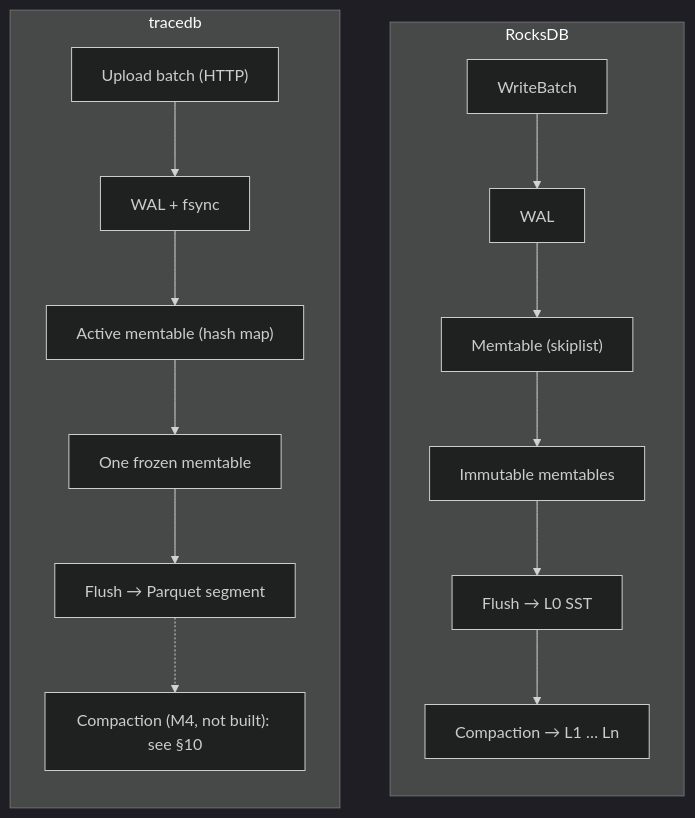
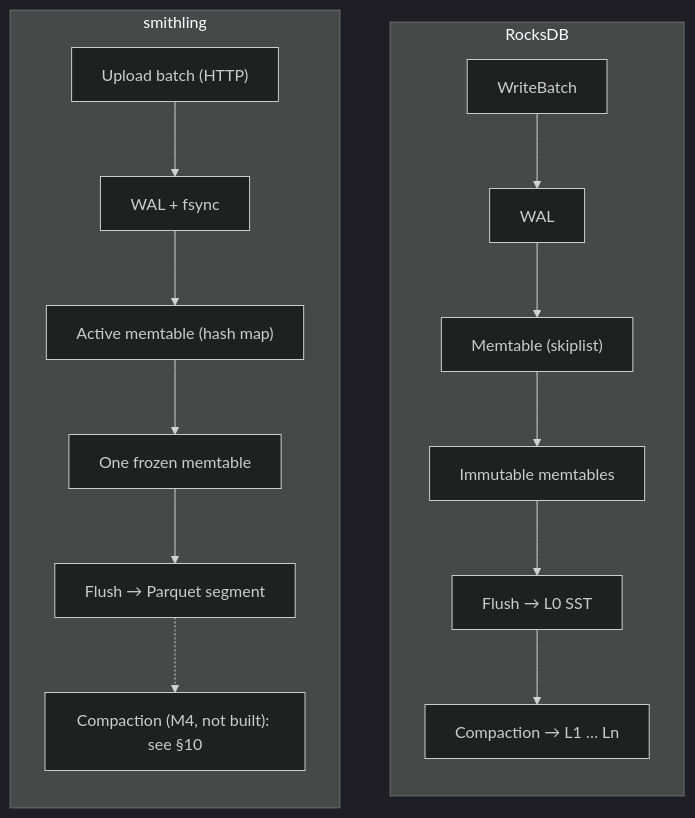
One commit to liukai/smithling changed the first of 9 diagrams in ROCKSDB_COMPARISON.md. Above: the diagram before and after it, drawn with Mermaid (dark theme). The commit also changed other lines of this file and 199 other files, not shown here.

First line of the commit message:
refactor: rename tracedb to Smithling (D-037)

````diff
--- a/ROCKSDB_COMPARISON.md
+++ b/ROCKSDB_COMPARISON.md
@@ -40,15 +40,15 @@
 ```mermaid
 flowchart TB
     subgraph R["RocksDB"]
         direction TB
         R1["WriteBatch"] --> R2["WAL"] --> R3["Memtable (skiplist)"]
         R3 --> R4["Immutable memtables"] --> R5["Flush → L0 SST"]
         R5 --> R6["Compaction → L1 … Ln"]
     end
-    subgraph T["tracedb"]
+    subgraph T["smithling"]
         direction TB
         T1["Upload batch (HTTP)"] --> T2["WAL + fsync"] --> T3["Active memtable (hash map)"]
         T3 --> T4["One frozen memtable"] --> T5["Flush → Parquet segment"]
         T5 -.-> T6["Compaction (M4, not built): see §10"]
     end
 ```
````
